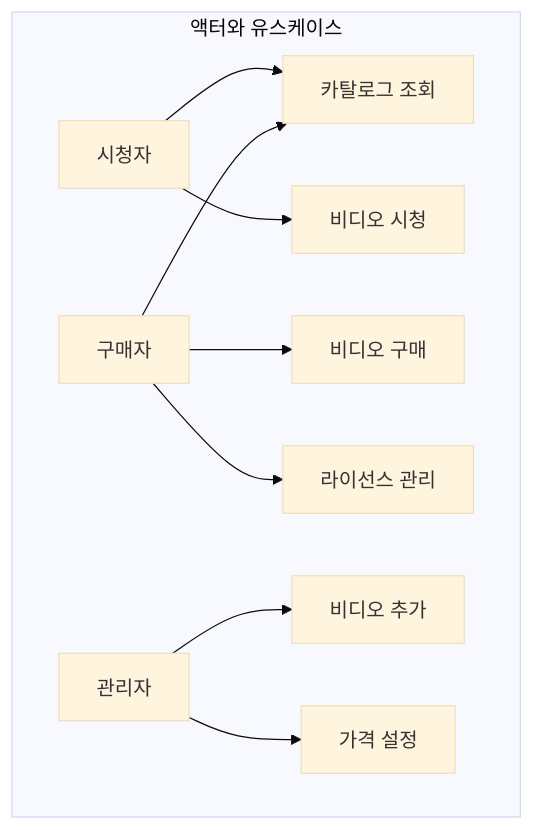
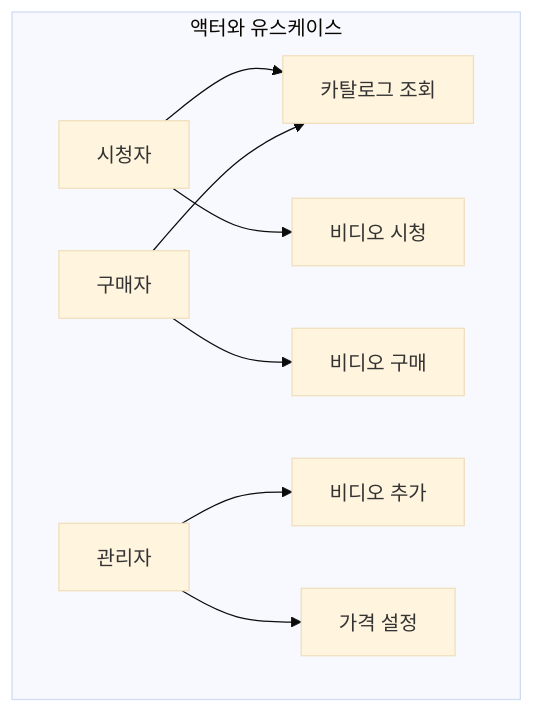
The third of 5 diagrams in content/collection/cleanarchitecture/44-case-study-video-sales-system/index.md (42jerrykim/42jerrykim.github.io), drawn with Mermaid (base theme) before and after one commit. The commit also changed other lines of this file, not shown here.

First line of the commit message:
fix: 44장 채점 피드백 반영 (다이어그램-코드 정합화, 문단 보강)

````diff
--- a/content/collection/cleanarchitecture/44-case-study-video-sales-system/index.md
+++ b/content/collection/cleanarchitecture/44-case-study-video-sales-system/index.md
@@ -84,23 +84,21 @@
 ```mermaid
 flowchart TB
     subgraph ActorsUseCases [액터와 유스케이스]
         V[시청자]
         P[구매자]
         A[관리자]
         
         UC1[카탈로그 조회]
         UC2[비디오 시청]
         UC3[비디오 구매]
-        UC4[라이선스 관리]
         UC5[비디오 추가]
         UC6[가격 설정]
     end
     
     V --> UC1
     V --> UC2
     P --> UC1
     P --> UC3
-    P --> UC4
     A --> UC5
     A --> UC6
 ```
````
